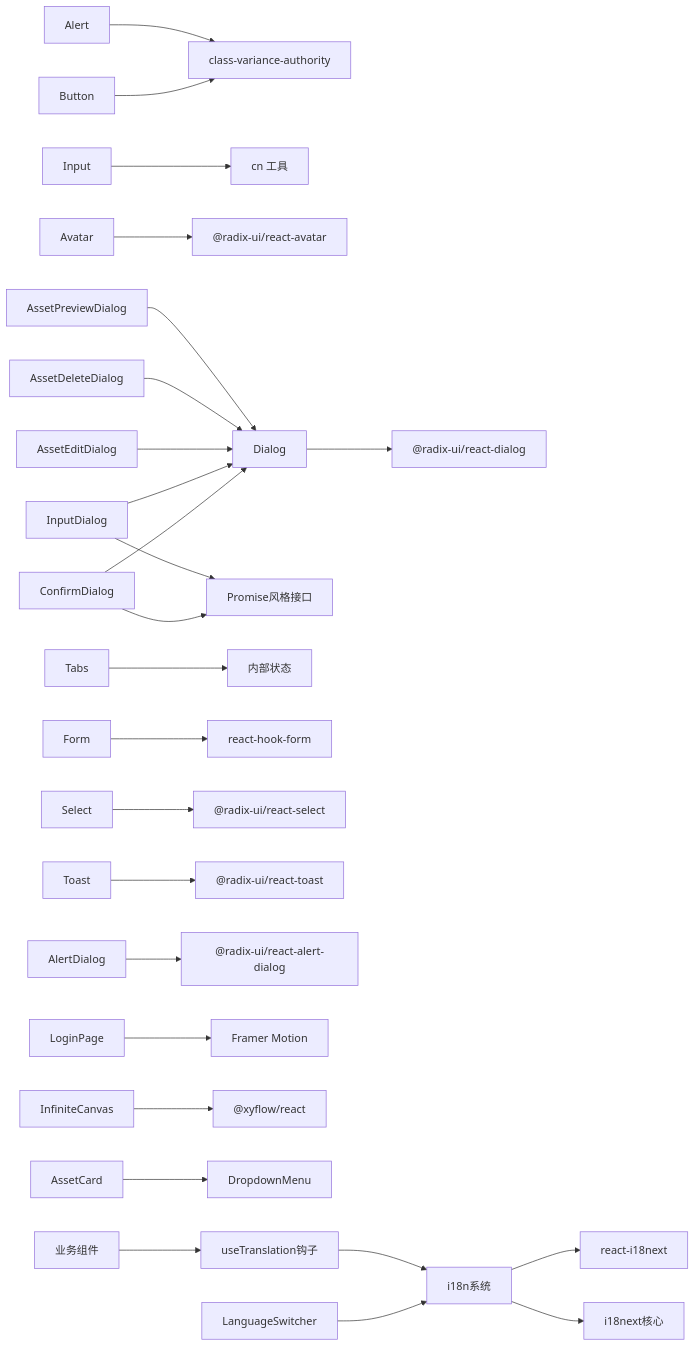
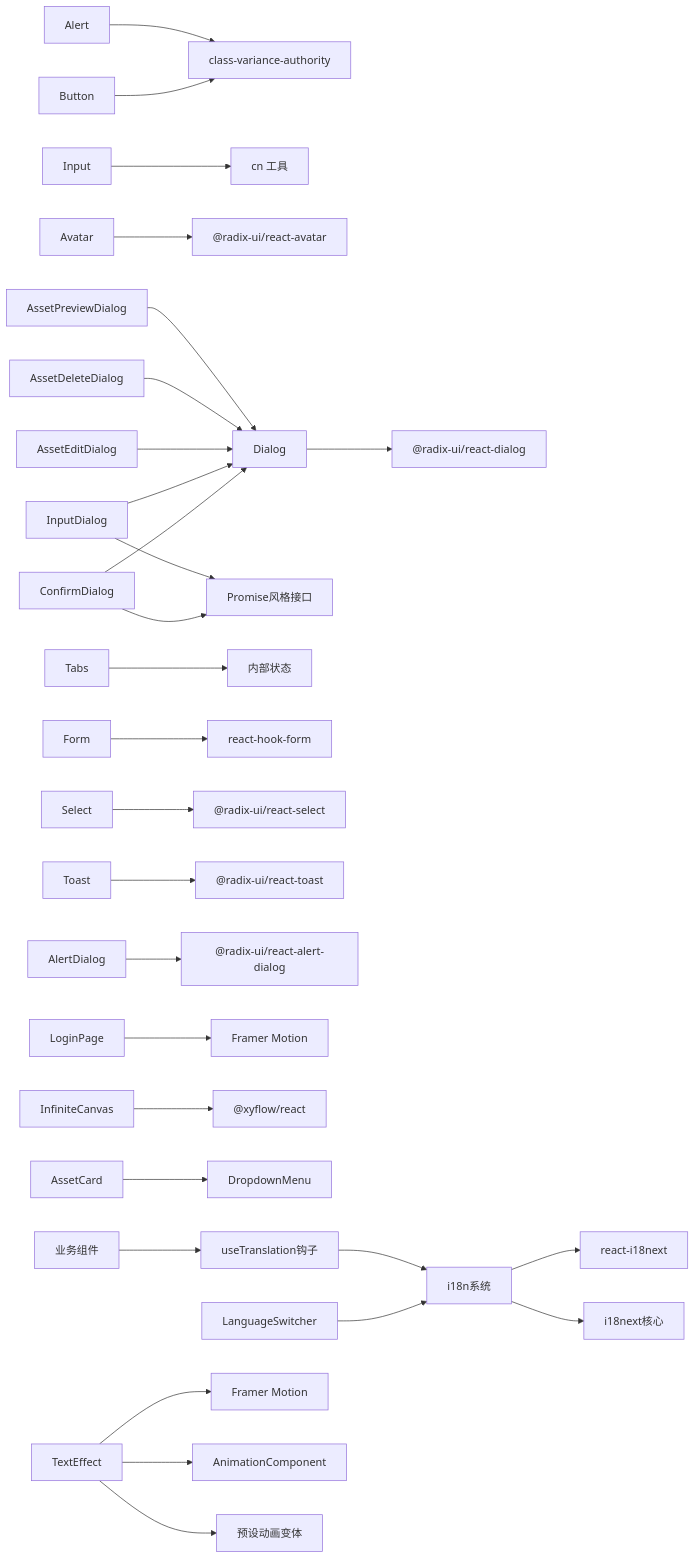
Diagram 11 of 11 in .qoder/repowiki/zh/content/前端组件系统/UI组件库/UI组件库.md (KunLabAI/KunFlix), drawn with Mermaid before and after one commit. The commit also changed other lines of this file and 21 other files, not shown here.

````diff
--- a/.qoder/repowiki/zh/content/前端组件系统/UI组件库/UI组件库.md
+++ b/.qoder/repowiki/zh/content/前端组件系统/UI组件库/UI组件库.md
@@ -883,28 +973,31 @@
 ```mermaid
 graph LR
 BTN["Button"] --> CVA["class-variance-authority"]
 INP["Input"] --> UTIL["cn 工具"]
 AV["Avatar"] --> RADIX_AV["@radix-ui/react-avatar"]
 DLG["Dialog"] --> RADIX_D["@radix-ui/react-dialog"]
 CDLG["ConfirmDialog"] --> DLG
 IDLG["InputDialog"] --> DLG
 CDLG --> PROMISE["Promise风格接口"]
 IDLG --> PROMISE
 TABS["Tabs"] --> STATE["内部状态"]
 FORM["Form"] --> RHF["react-hook-form"]
 SEL["Select"] --> RADIX_S["@radix-ui/react-select"]
 ALERT["Alert"] --> CVA
 TOAST["Toast"] --> RADIX_T["@radix-ui/react-toast"]
 AD["AlertDialog"] --> RADIX_AD["@radix-ui/react-alert-dialog"]
 LOGIN["LoginPage"] --> FM["Framer Motion"]
 THEATER["InfiniteCanvas"] --> RF["@xyflow/react"]
 ASSET["AssetCard"] --> DROP["DropdownMenu"]
 ASSET_EDIT["AssetEditDialog"] --> DLG
 ASSET_DELETE["AssetDeleteDialog"] --> DLG
 ASSET_PREVIEW["AssetPreviewDialog"] --> DLG
 I18N["i18n系统"] --> I18NEXT["react-i18next"]
 I18N --> I18NEXT_CORE["i18next核心"]
 LANG_SWITCHER["LanguageSwitcher"] --> I18N
 COMPONENTS["业务组件"] --> USE_TRANSLATION["useTranslation钩子"]
 USE_TRANSLATION --> I18N
+TEXTEFFECT["TextEffect"] --> FRAMERMOTION["Framer Motion"]
+TEXTEFFECT --> ANIMATIONCOMPONENT["AnimationComponent"]
+TEXTEFFECT --> PRESETVARIANTS["预设动画变体"]
 ```
````
